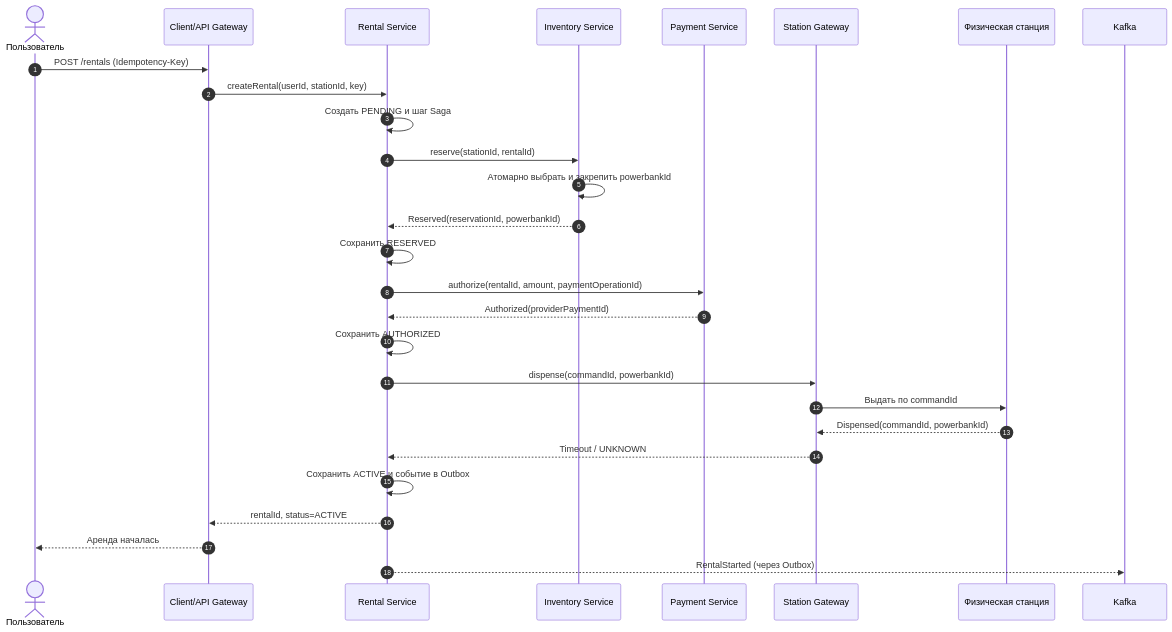
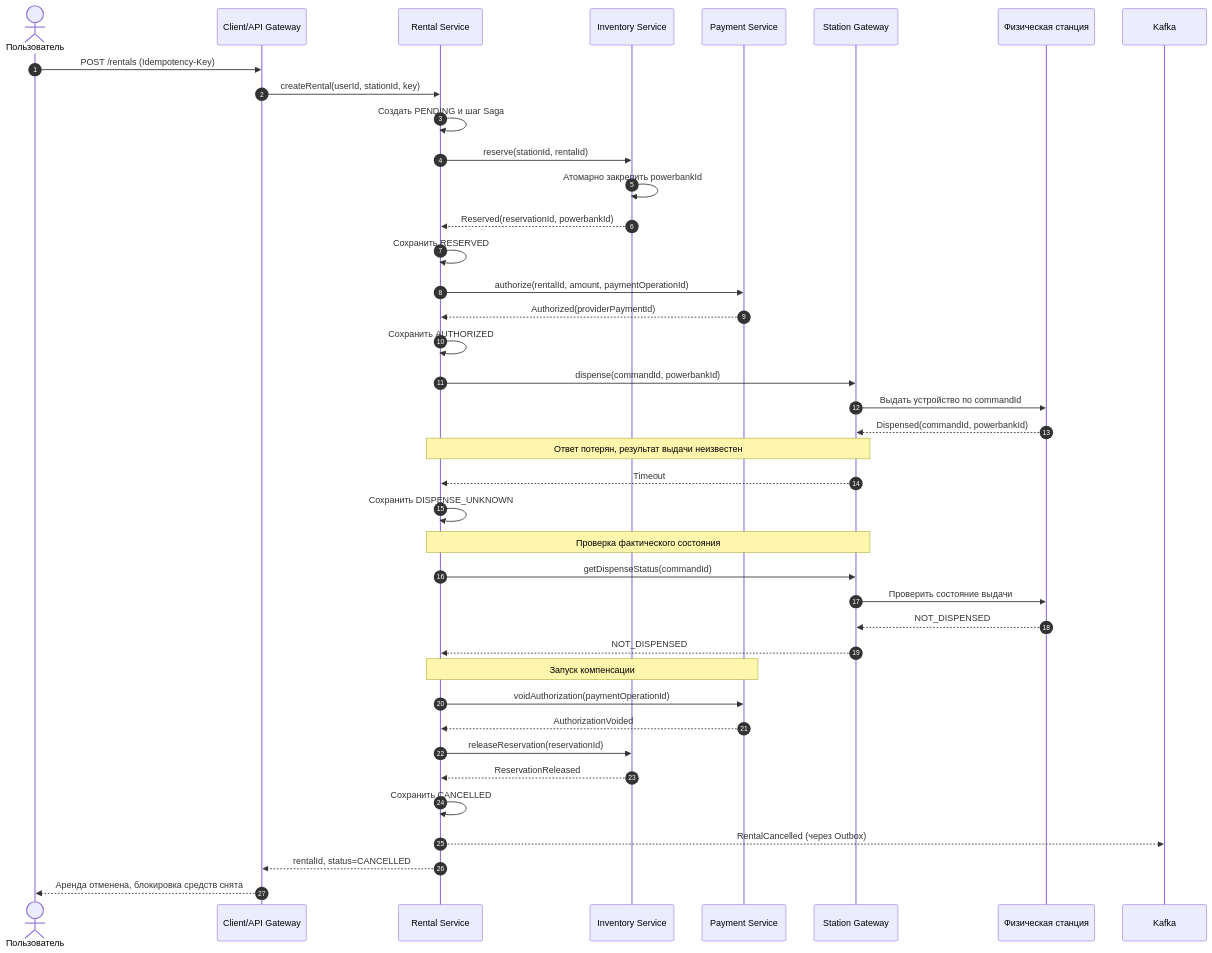
Before and after one commit to mariednsk/powerbank-rental: the second of 5 diagrams in docs/process.md, drawn with Mermaid. The commit also changed other lines of this file, not shown here.

````diff
--- a/docs/process.md
+++ b/docs/process.md
@@ -87,31 +88,51 @@
 ```mermaid
 sequenceDiagram
     autonumber
     actor U as Пользователь
     participant C as Client/API Gateway
     participant R as Rental Service
     participant I as Inventory Service
     participant P as Payment Service
     participant G as Station Gateway
     participant S as Физическая станция
     participant K as Kafka
 
     U->>C: POST /rentals (Idempotency-Key)
     C->>R: createRental(userId, stationId, key)
     R->>R: Создать PENDING и шаг Saga
+
     R->>I: reserve(stationId, rentalId)
-    I->>I: Атомарно выбрать и закрепить powerbankId
+    I->>I: Атомарно закрепить powerbankId
     I-->>R: Reserved(reservationId, powerbankId)
     R->>R: Сохранить RESERVED
+
     R->>P: authorize(rentalId, amount, paymentOperationId)
     P-->>R: Authorized(providerPaymentId)
     R->>R: Сохранить AUTHORIZED
+
     R->>G: dispense(commandId, powerbankId)
-    G->>S: Выдать по commandId
+    G->>S: Выдать устройство по commandId
     S-->>G: Dispensed(commandId, powerbankId)
-    G-->>R: Timeout / UNKNOWN
-    R->>R: Сохранить ACTIVE и событие в Outbox
-    R-->>C: rentalId, status=ACTIVE
-    C-->>U: Аренда началась
-    R-->>K: RentalStarted (через Outbox)
+
+    Note over G,R: Ответ потерян, результат выдачи неизвестен
+    G-->>R: Timeout
+    R->>R: Сохранить DISPENSE_UNKNOWN
+
+    Note over R,G: Проверка фактического состояния
+    R->>G: getDispenseStatus(commandId)
+    G->>S: Проверить состояние выдачи
+    S-->>G: NOT_DISPENSED
+    G-->>R: NOT_DISPENSED
+
+    Note over R,P: Запуск компенсации
+    R->>P: voidAuthorization(paymentOperationId)
+    P-->>R: AuthorizationVoided
+
+    R->>I: releaseReservation(reservationId)
+    I-->>R: ReservationReleased
+
+    R->>R: Сохранить CANCELLED
+    R-->>K: RentalCancelled (через Outbox)
+    R-->>C: rentalId, status=CANCELLED
+    C-->>U: Аренда отменена, блокировка средств снята
 ```
````
